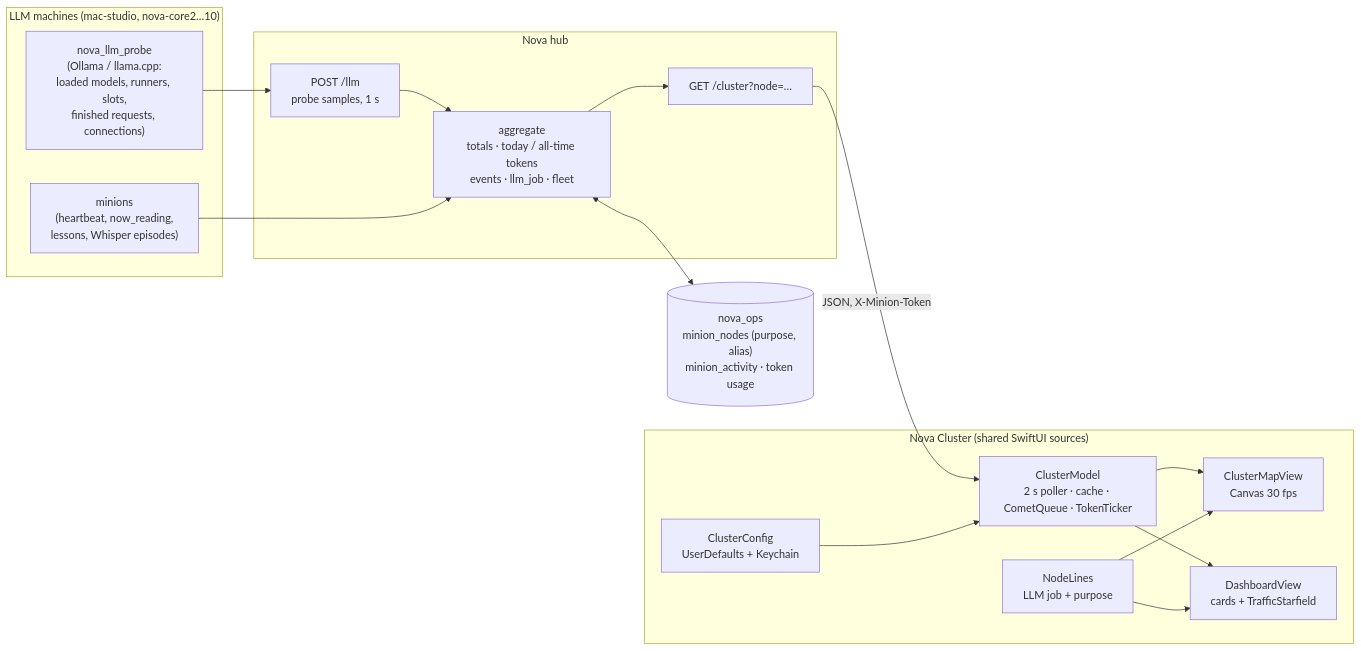
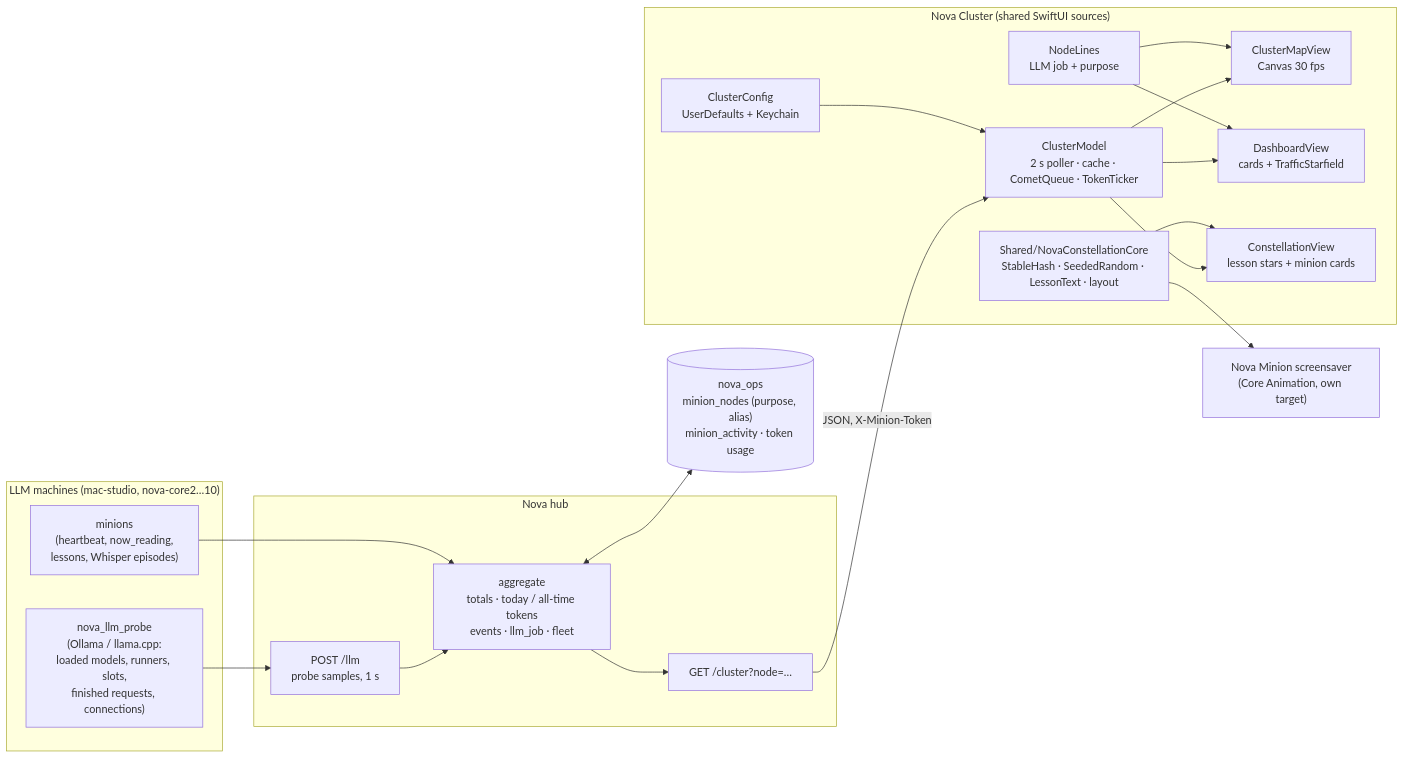
One commit to kochj23/nova changed the first of 2 diagrams in apps/NovaCluster/README.md. Above: the diagram before and after it, drawn with Mermaid. The commit also changed other lines of this file and 18 other files, not shown here.

First line of the commit message:
Nova Cluster 1.1.0: Nova Minion's constellation becomes the third view

````diff
--- a/apps/NovaCluster/README.md
+++ b/apps/NovaCluster/README.md
@@ -87,28 +99,32 @@
 ```mermaid
 flowchart LR
     subgraph Machines["LLM machines (mac-studio, nova-core2…10)"]
         P["nova_llm_probe<br/>(Ollama / llama.cpp:<br/>loaded models, runners, slots,<br/>finished requests, connections)"]
         M["minions<br/>(heartbeat, now_reading,<br/>lessons, Whisper episodes)"]
     end
     subgraph Hub["Nova hub"]
         LLM["POST /llm<br/>probe samples, 1 s"]
         AGG["aggregate<br/>totals · today / all-time tokens<br/>events · llm_job · fleet"]
         CL["GET /cluster?node=…"]
     end
     PG[("nova_ops<br/>minion_nodes (purpose, alias)<br/>minion_activity · token usage")]
     P --> LLM --> AGG
     M --> AGG
     AGG <--> PG
     AGG --> CL
     subgraph App["Nova Cluster (shared SwiftUI sources)"]
         CM["ClusterModel<br/>2 s poller · cache · CometQueue · TokenTicker"]
         CFG["ClusterConfig<br/>UserDefaults + Keychain"]
         MAP["ClusterMapView<br/>Canvas 30 fps"]
         DASH["DashboardView<br/>cards + TrafficStarfield"]
+        CON["ConstellationView<br/>lesson stars + minion cards"]
+        CORE["Shared/NovaConstellationCore<br/>StableHash · SeededRandom · LessonText · layout"]
         NL["NodeLines<br/>LLM job + purpose"]
     end
     CL -- "JSON, X-Minion-Token" --> CM
     CFG --> CM
-    CM --> MAP & DASH
+    CM --> MAP & DASH & CON
+    CORE --> CON
+    CORE --> SAVER["Nova Minion screensaver<br/>(Core Animation, own target)"]
     NL --> MAP & DASH
 ```
````
